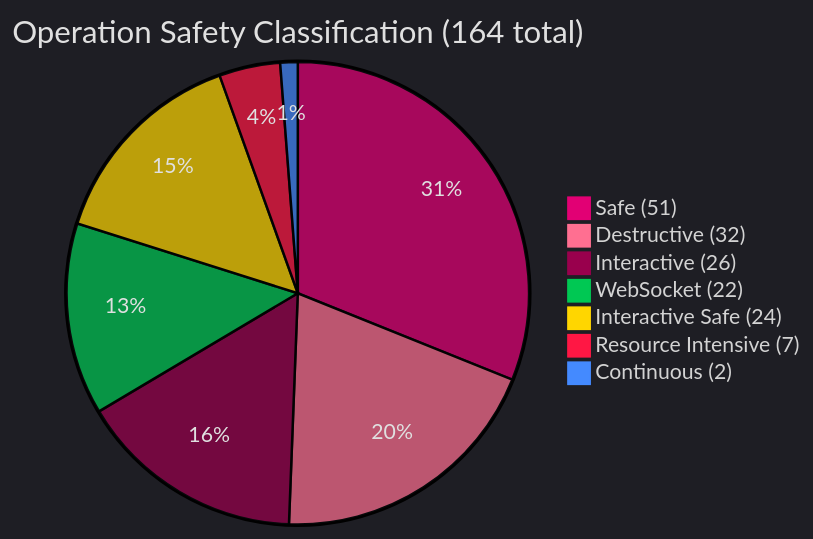
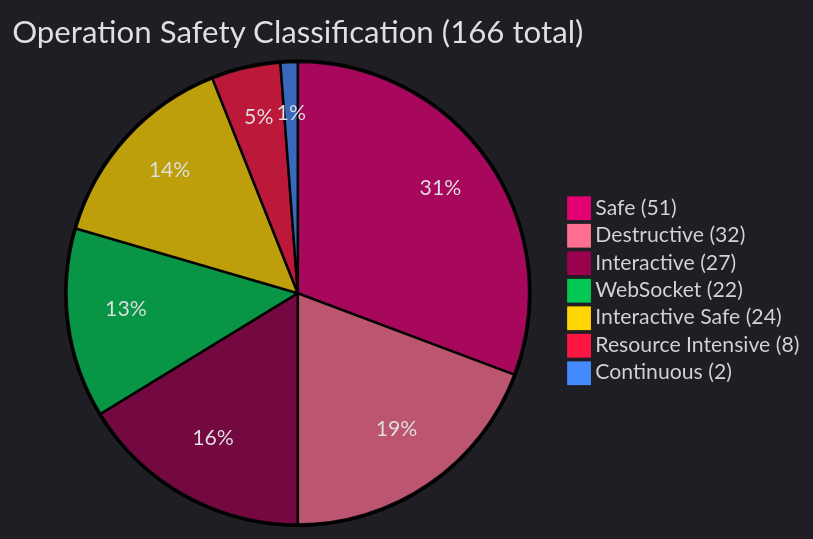
The first of 5 diagrams in documentation/diagrams/operations/metrics-and-analytics.md (jmorrison-juniper/MistHelper), drawn with Mermaid before and after one commit. The commit also changed other lines of this file and 6 other files, not shown here.

````diff
--- a/documentation/diagrams/operations/metrics-and-analytics.md
+++ b/documentation/diagrams/operations/metrics-and-analytics.md
@@ -11,28 +11,28 @@
 ```mermaid
 %%{init: {'theme': 'dark', 'themeVariables': {
   'primaryColor': '#E20074',
   'primaryTextColor': '#E0E0E0',
   'primaryBorderColor': '#99004D',
   'lineColor': '#FF4DA6',
   'secondaryColor': '#16213E',
   'tertiaryColor': '#1A1A2E',
   'pie1': '#E20074',
   'pie2': '#FF6F91',
   'pie3': '#99004D',
   'pie4': '#00C853',
   'pie5': '#FFD600',
   'pie6': '#FF1744',
   'pie7': '#448AFF',
   'pie8': '#A0A0B0',
   'pieTitleTextColor': '#E0E0E0',
   'pieSectionTextColor': '#E0E0E0'
 }, 'pie': {'textPosition': 0.75}}}%%
-pie title Operation Safety Classification (164 total)
+pie title Operation Safety Classification (166 total)
     "Safe (51)" : 51
     "Destructive (32)" : 32
-    "Interactive (26)" : 26
+    "Interactive (27)" : 27
     "WebSocket (22)" : 22
     "Interactive Safe (24)" : 24
-    "Resource Intensive (7)" : 7
+    "Resource Intensive (8)" : 8
     "Continuous (2)" : 2
 ```
````
